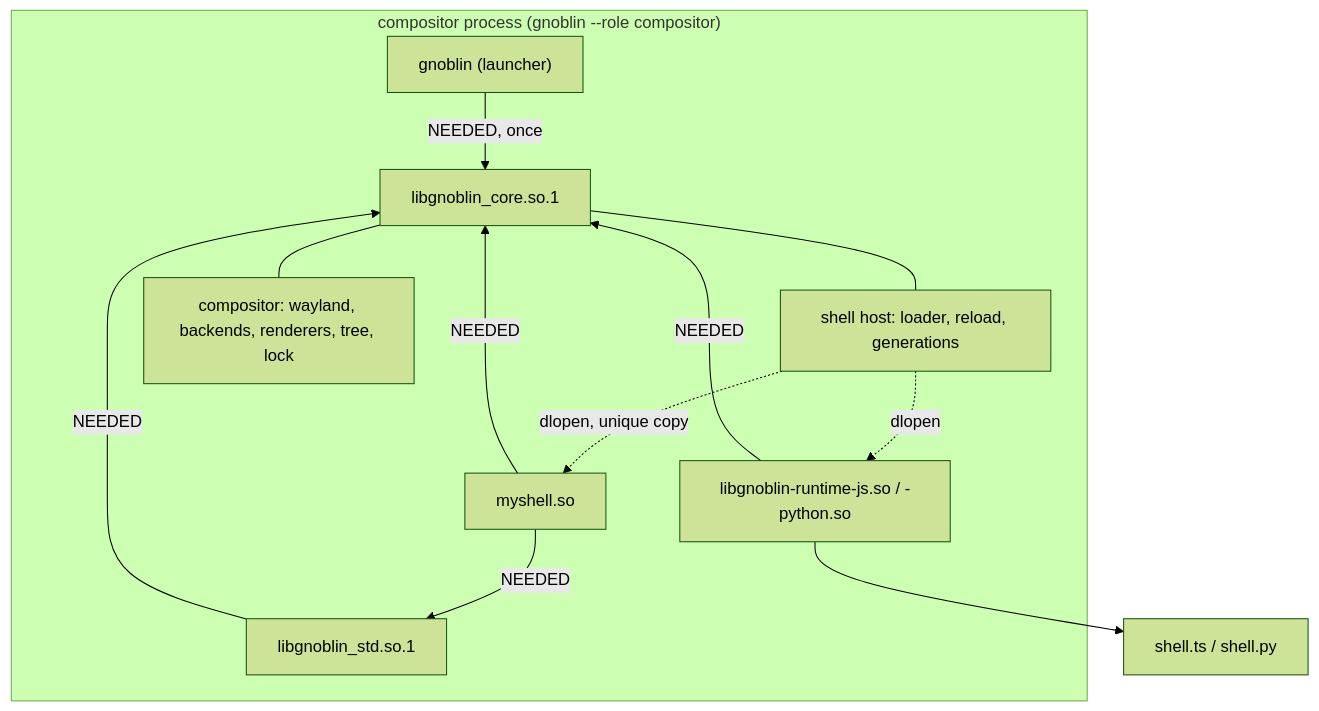
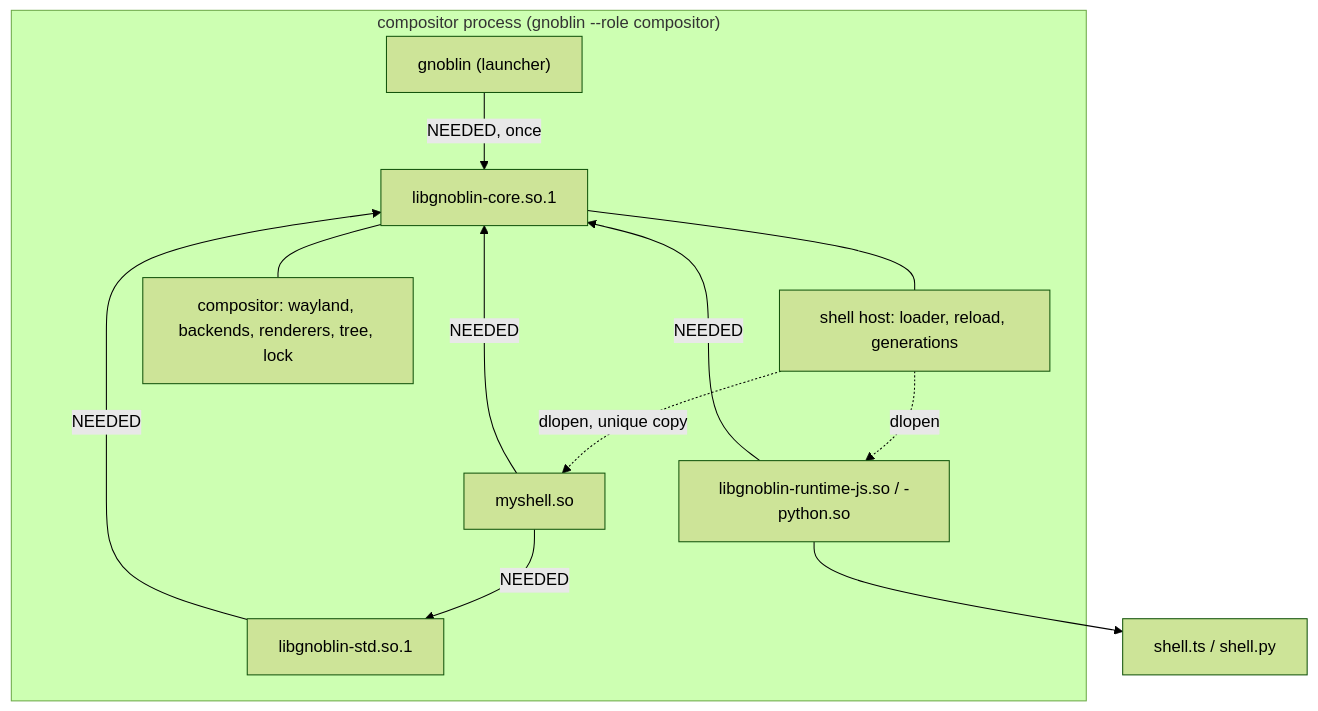
Before and after one commit to kierandrewett/gnoblin: the diagram in design/modular-framework.md, drawn with Mermaid (forest theme). The commit also changed other lines of this file and 1 other file, not shown here.

````diff
--- a/design/modular-framework.md
+++ b/design/modular-framework.md
@@ -110,15 +111,15 @@
 ```mermaid
 flowchart TB
     subgraph proc["compositor process (gnoblin --role compositor)"]
-        L["gnoblin (launcher)"] -->|"NEEDED, once"| C["libgnoblin_core.so.1"]
+        L["gnoblin (launcher)"] -->|"NEEDED, once"| C["libgnoblin-core.so.1"]
         C --- H["shell host: loader, reload, generations"]
         C --- M["compositor: wayland, backends, renderers, tree, lock"]
         H -. "dlopen, unique copy" .-> S["myshell.so"]
         H -. "dlopen" .-> R["libgnoblin-runtime-js.so / -python.so"]
-        S -->|"NEEDED"| STD["libgnoblin_std.so.1"]
+        S -->|"NEEDED"| STD["libgnoblin-std.so.1"]
         STD -->|"NEEDED"| C
         S -->|"NEEDED"| C
         R -->|"NEEDED"| C
     end
     R --> SCR["shell.ts / shell.py"]
 ```
````
